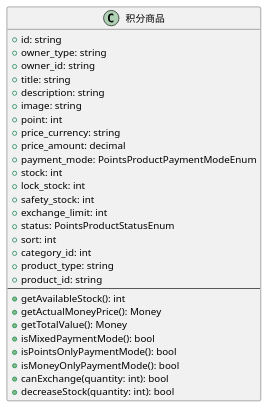
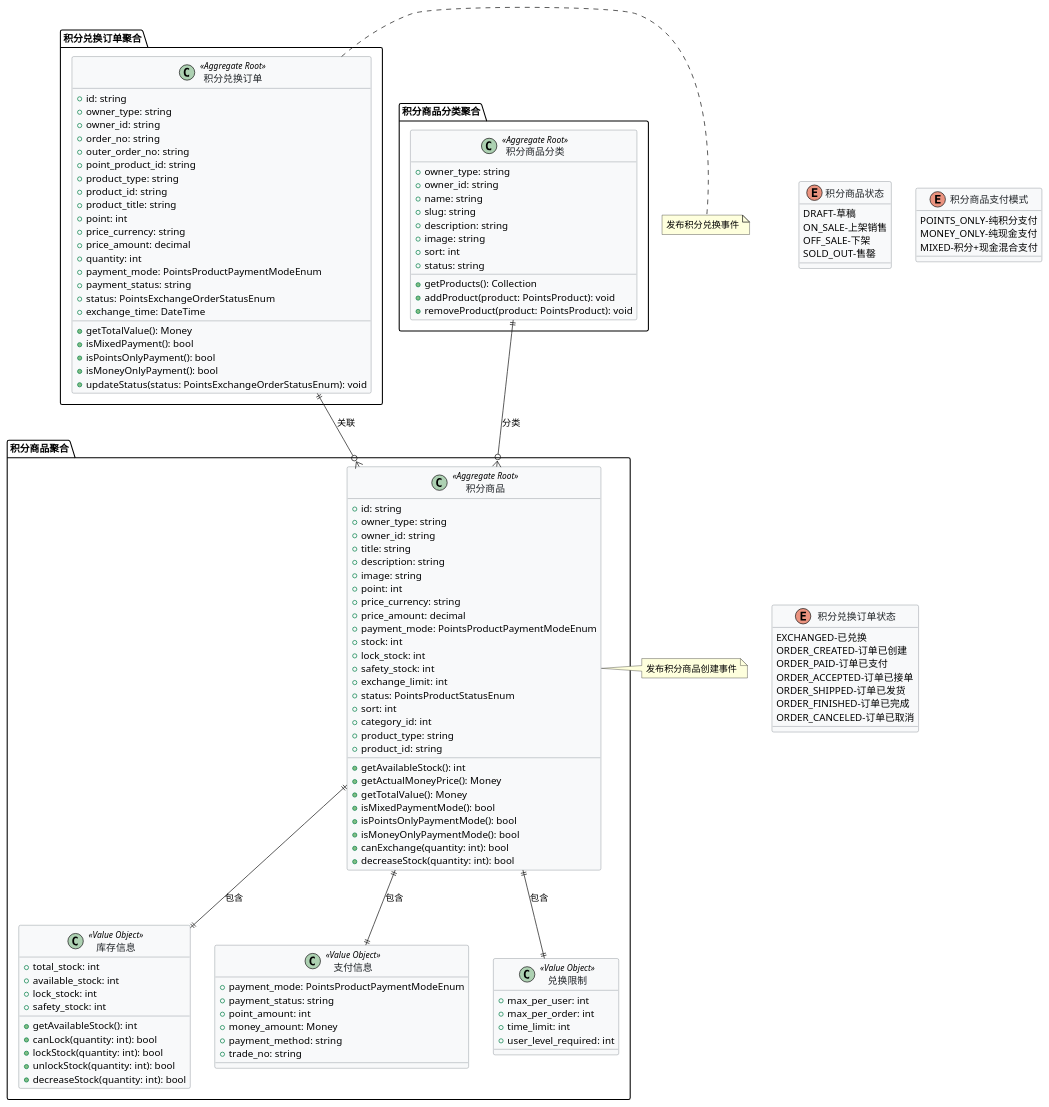
The first of 10 diagrams in docs/points-mall/index.md (red-jasmine/framework), drawn with PlantUML before and after one commit. The commit also changed other lines of this file, not shown here.

First line of the commit message:
feat(points-mall): 更新积分商城领域设计方案文档

````diff
--- a/docs/points-mall/index.md
+++ b/docs/points-mall/index.md
@@ -43,32 +175,157 @@
 ```plantuml
-class 积分商品 {
-  +id: string
-  +owner_type: string
-  +owner_id: string
-  +title: string
-  +description: string
-  +image: string
-  +point: int
-  +price_currency: string
-  +price_amount: decimal
-  +payment_mode: PointsProductPaymentModeEnum
-  +stock: int
-  +lock_stock: int
-  +safety_stock: int
-  +exchange_limit: int
-  +status: PointsProductStatusEnum
-  +sort: int
-  +category_id: int
-  +product_type: string
-  +product_id: string
-  --
-  +getAvailableStock(): int
-  +getActualMoneyPrice(): Money
-  +getTotalValue(): Money
-  +isMixedPaymentMode(): bool
-  +isPointsOnlyPaymentMode(): bool
-  +isMoneyOnlyPaymentMode(): bool
-  +canExchange(quantity: int): bool
-  +decreaseStock(quantity: int): bool
+@startuml 积分商城-domain-model
+
+skinparam backgroundColor #FFFFFF
+skinparam class {
+    BackgroundColor #F8F9FA
+    BorderColor #6C757D
+    FontColor #212529
 }
+
+' 积分商品聚合
+package "积分商品聚合" {
+    class 积分商品 << Aggregate Root >> {
+        +id: string
+        +owner_type: string
+        +owner_id: string
+        +title: string
+        +description: string
+        +image: string
+        +point: int
+        +price_currency: string
+        +price_amount: decimal
+        +payment_mode: PointsProductPaymentModeEnum
+        +stock: int
+        +lock_stock: int
+        +safety_stock: int
+        +exchange_limit: int
+        +status: PointsProductStatusEnum
+        +sort: int
+        +category_id: int
+        +product_type: string
+        +product_id: string
+        
+        +getAvailableStock(): int
+        +getActualMoneyPrice(): Money
+        +getTotalValue(): Money
+        +isMixedPaymentMode(): bool
+        +isPointsOnlyPaymentMode(): bool
+        +isMoneyOnlyPaymentMode(): bool
+        +canExchange(quantity: int): bool
+        +decreaseStock(quantity: int): bool
+    }
+    
+    class 库存信息 << Value Object >> {
+        +total_stock: int
+        +available_stock: int
+        +lock_stock: int
+        +safety_stock: int
+        
+        +getAvailableStock(): int
+        +canLock(quantity: int): bool
+        +lockStock(quantity: int): bool
+        +unlockStock(quantity: int): bool
+        +decreaseStock(quantity: int): bool
+    }
+    
+    class 支付信息 << Value Object >> {
+        +payment_mode: PointsProductPaymentModeEnum
+        +payment_status: string
+        +point_amount: int
+        +money_amount: Money
+        +payment_method: string
+        +trade_no: string
+    }
+    
+    class 兑换限制 << Value Object >> {
+        +max_per_user: int
+        +max_per_order: int
+        +time_limit: int
+        +user_level_required: int
+    }
+}
+
+' 积分兑换订单聚合
+package "积分兑换订单聚合" {
+    class 积分兑换订单 << Aggregate Root >> {
+        +id: string
+        +owner_type: string
+        +owner_id: string
+        +order_no: string
+        +outer_order_no: string
+        +point_product_id: string
+        +product_type: string
+        +product_id: string
+        +product_title: string
+        +point: int
+        +price_currency: string
+        +price_amount: decimal
+        +quantity: int
+        +payment_mode: PointsProductPaymentModeEnum
+        +payment_status: string
+        +status: PointsExchangeOrderStatusEnum
+        +exchange_time: DateTime
+        
+        +getTotalValue(): Money
+        +isMixedPayment(): bool
+        +isPointsOnlyPayment(): bool
+        +isMoneyOnlyPayment(): bool
+        +updateStatus(status: PointsExchangeOrderStatusEnum): void
+    }
+}
+
+' 积分商品分类聚合
+package "积分商品分类聚合" {
+    class 积分商品分类 << Aggregate Root >> {
+        +owner_type: string
+        +owner_id: string
+        +name: string
+        +slug: string
+        +description: string
+        +image: string
+        +sort: int
+        +status: string
+        
+        +getProducts(): Collection
+        +addProduct(product: PointsProduct): void
+        +removeProduct(product: PointsProduct): void
+    }
+}
+
+' 枚举定义
+enum 积分商品状态 {
+    DRAFT-草稿
+    ON_SALE-上架销售
+    OFF_SALE-下架
+    SOLD_OUT-售罄
+}
+
+enum 积分商品支付模式 {
+    POINTS_ONLY-纯积分支付
+    MONEY_ONLY-纯现金支付
+    MIXED-积分+现金混合支付
+}
+
+enum 积分兑换订单状态 {
+    EXCHANGED-已兑换
+    ORDER_CREATED-订单已创建
+    ORDER_PAID-订单已支付
+    ORDER_ACCEPTED-订单已接单
+    ORDER_SHIPPED-订单已发货
+    ORDER_FINISHED-订单已完成
+    ORDER_CANCELED-订单已取消
+}
+
+' 关系定义
+积分商品 ||--|| 库存信息 : 包含
+积分商品 ||--|| 支付信息 : 包含
+积分商品 ||--|| 兑换限制 : 包含
+积分兑换订单 ||--o{ 积分商品 : 关联
+积分商品分类 ||--o{ 积分商品 : 分类
+
+' 领域事件
+note right of 积分商品 : 发布积分商品创建事件
+note right of 积分兑换订单 : 发布积分兑换事件
+
+@enduml
 ```
````
